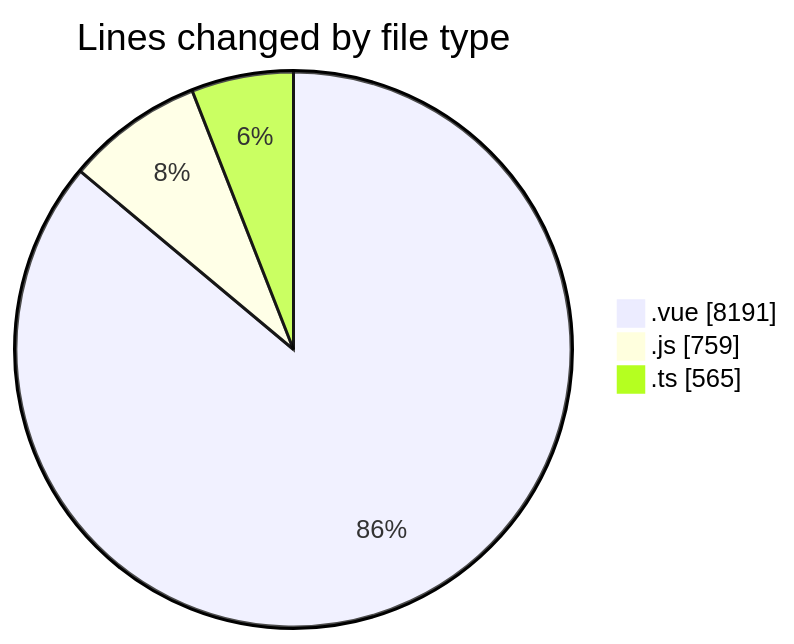
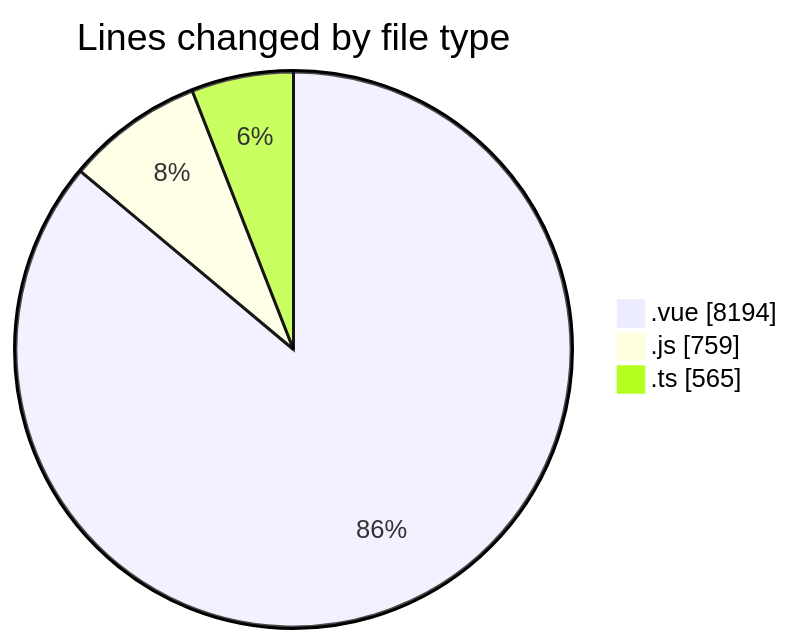
Before and after one commit to lephambinh05/code-tracking: the first of 2 diagrams in 2025-08-13/rentotp/README.md, drawn with Mermaid. The commit also changed other lines of this file and 1 other file, not shown here.

````diff
--- a/2025-08-13/rentotp/README.md
+++ b/2025-08-13/rentotp/README.md
@@ -36,7 +36,7 @@
 ```mermaid
 pie showData
 title Lines changed by file type
-".vue" : 8191
+".vue" : 8194
 ".js" : 759
 ".ts" : 565
 ```
````
